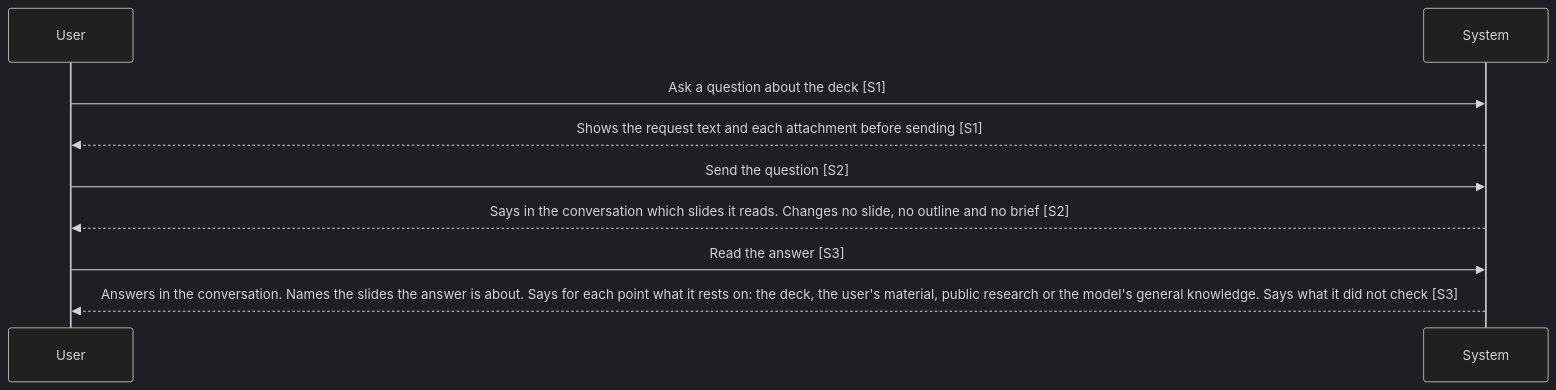
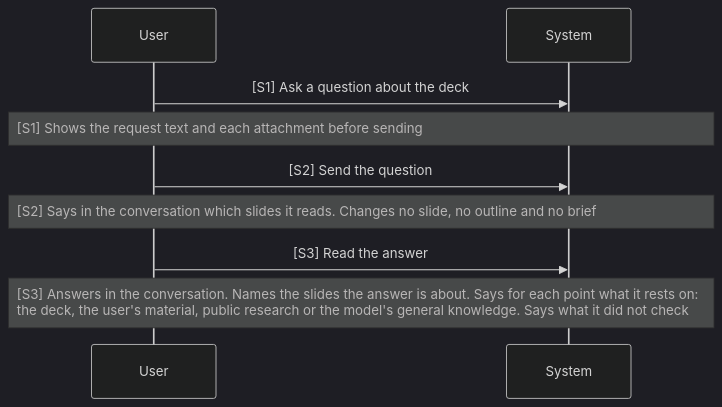
The diagram in dev/mvp/spec/02-use-cases/UC-009.md (Luke23127006/DeckAgent), drawn with Mermaid (dark theme) before and after one commit. The commit also changed other lines of this file and 21 other files, not shown here.

First line of the commit message:
docs(spec): make the use case diagram the source of step text

````diff
--- a/dev/mvp/spec/02-use-cases/UC-009.md
+++ b/dev/mvp/spec/02-use-cases/UC-009.md
@@ -15,11 +12,12 @@
 ```mermaid
+%%{init: {"fontFamily": "inherit", "sequence": {"wrap": true, "actorMargin": 350, "messageFontSize": 14, "noteFontSize": 14, "actorFontSize": 14, "noteAlign": "left"}}}%%
 sequenceDiagram
   participant U as User
   participant S as System
-  U->>S: Ask a question about the deck [S1]
-  S-->>U: Shows the request text and each attachment before sending [S1]
-  U->>S: Send the question [S2]
-  S-->>U: Says in the conversation which slides it reads. Changes no slide, no outline and no brief [S2]
-  U->>S: Read the answer [S3]
-  S-->>U: Answers in the conversation. Names the slides the answer is about. Says for each point what it rests on: the deck, the user's material, public research or the model's general knowledge. Says what it did not check [S3]
+  U->>S: [S1] Ask a question about the deck
+  Note over U,S: [S1] Shows the request text and each attachment before sending
+  U->>S: [S2] Send the question
+  Note over U,S: [S2] Says in the conversation which slides it reads. Changes no slide, no outline and no brief
+  U->>S: [S3] Read the answer
+  Note over U,S: [S3] Answers in the conversation. Names the slides the answer is about. Says for each point what it rests on: the deck, the user's material, public research or the model's general knowledge. Says what it did not check
 ```
````
